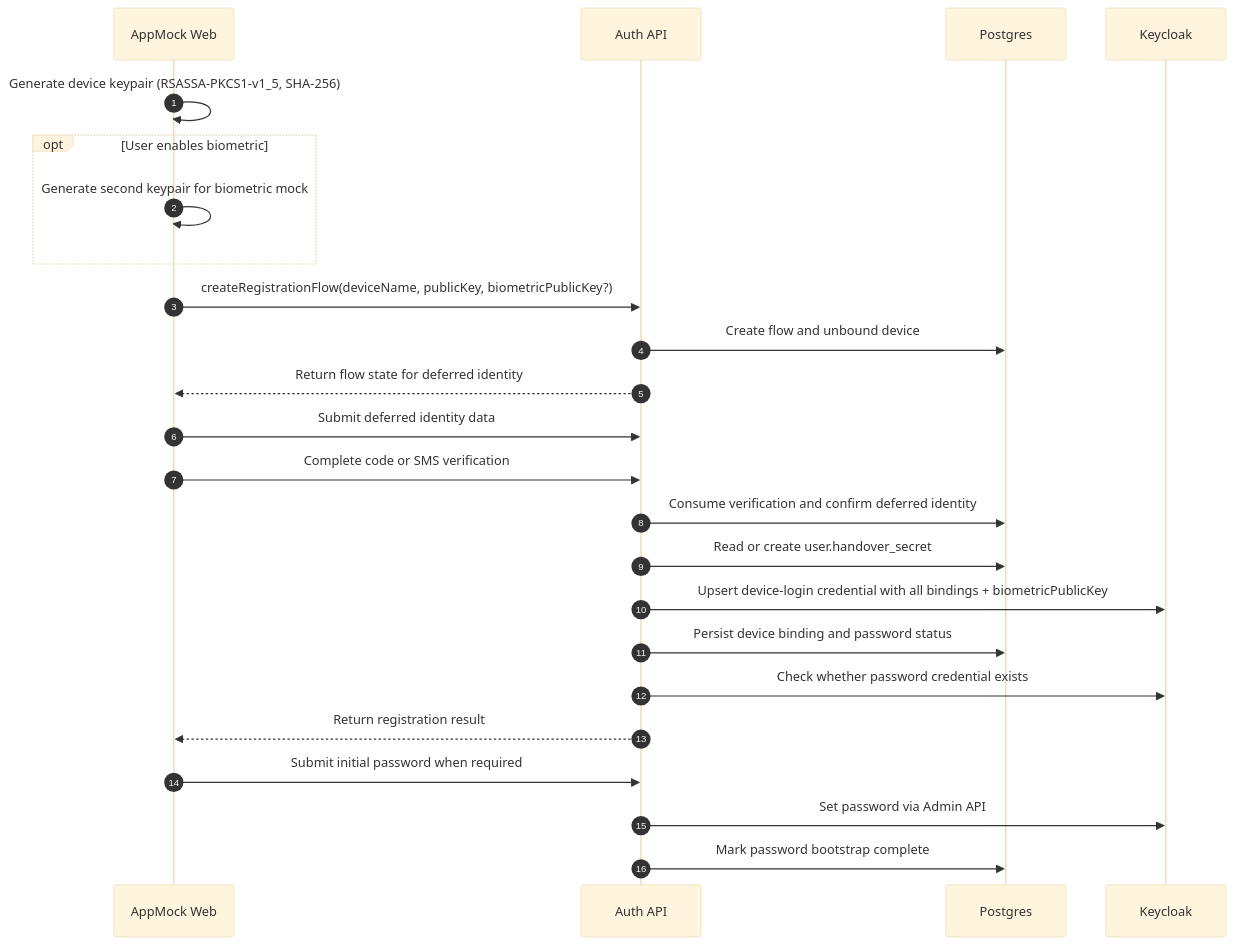
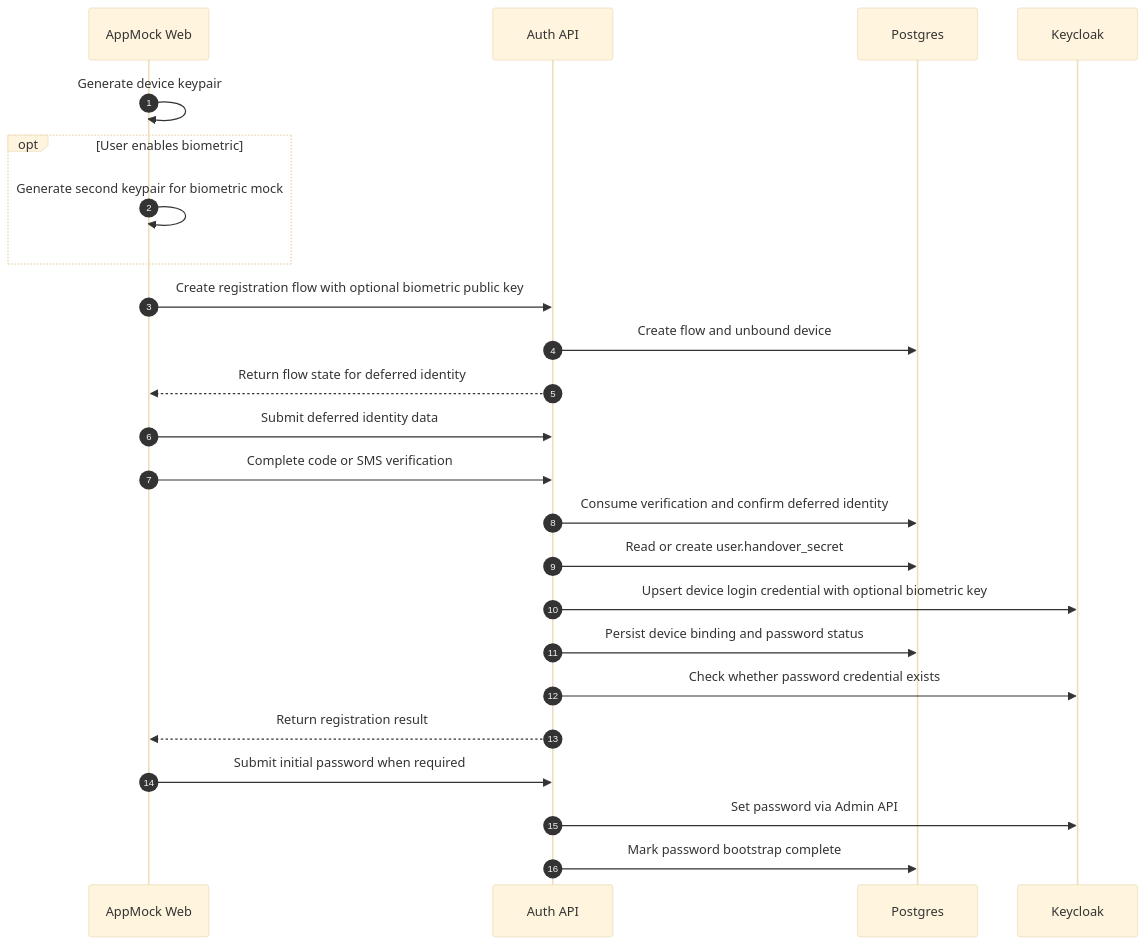
The diagram in docs/diagrams/sequences/device-registration-and-password-bootstrap/README.md (rpreissel/auth-sandbox-2), drawn with Mermaid (base theme) before and after one commit. The commit also changed 7 other files, not shown here.

First line of the commit message:
fix app tabs and diagram rendering

````diff
--- a/docs/diagrams/sequences/device-registration-and-password-bootstrap/README.md
+++ b/docs/diagrams/sequences/device-registration-and-password-bootstrap/README.md
@@ -11,27 +11,27 @@
 ```mermaid
 sequenceDiagram
   autonumber
   participant App as AppMock Web
   participant Auth as Auth API
   participant DB as Postgres
   participant KC as Keycloak
 
-  App->>App: Generate device keypair (RSASSA-PKCS1-v1_5, SHA-256)
+  App->>App: Generate device keypair
   opt User enables biometric
     App->>App: Generate second keypair for biometric mock
   end
-  App->>Auth: createRegistrationFlow(deviceName, publicKey, biometricPublicKey?)
+  App->>Auth: Create registration flow with optional biometric public key
   Auth->>DB: Create flow and unbound device
   Auth-->>App: Return flow state for deferred identity
   App->>Auth: Submit deferred identity data
   App->>Auth: Complete code or SMS verification
   Auth->>DB: Consume verification and confirm deferred identity
   Auth->>DB: Read or create user.handover_secret
-  Auth->>KC: Upsert device-login credential with all bindings + biometricPublicKey
+  Auth->>KC: Upsert device login credential with optional biometric key
   Auth->>DB: Persist device binding and password status
   Auth->>KC: Check whether password credential exists
   Auth-->>App: Return registration result
   App->>Auth: Submit initial password when required
   Auth->>KC: Set password via Admin API
   Auth->>DB: Mark password bootstrap complete
 ```
````
